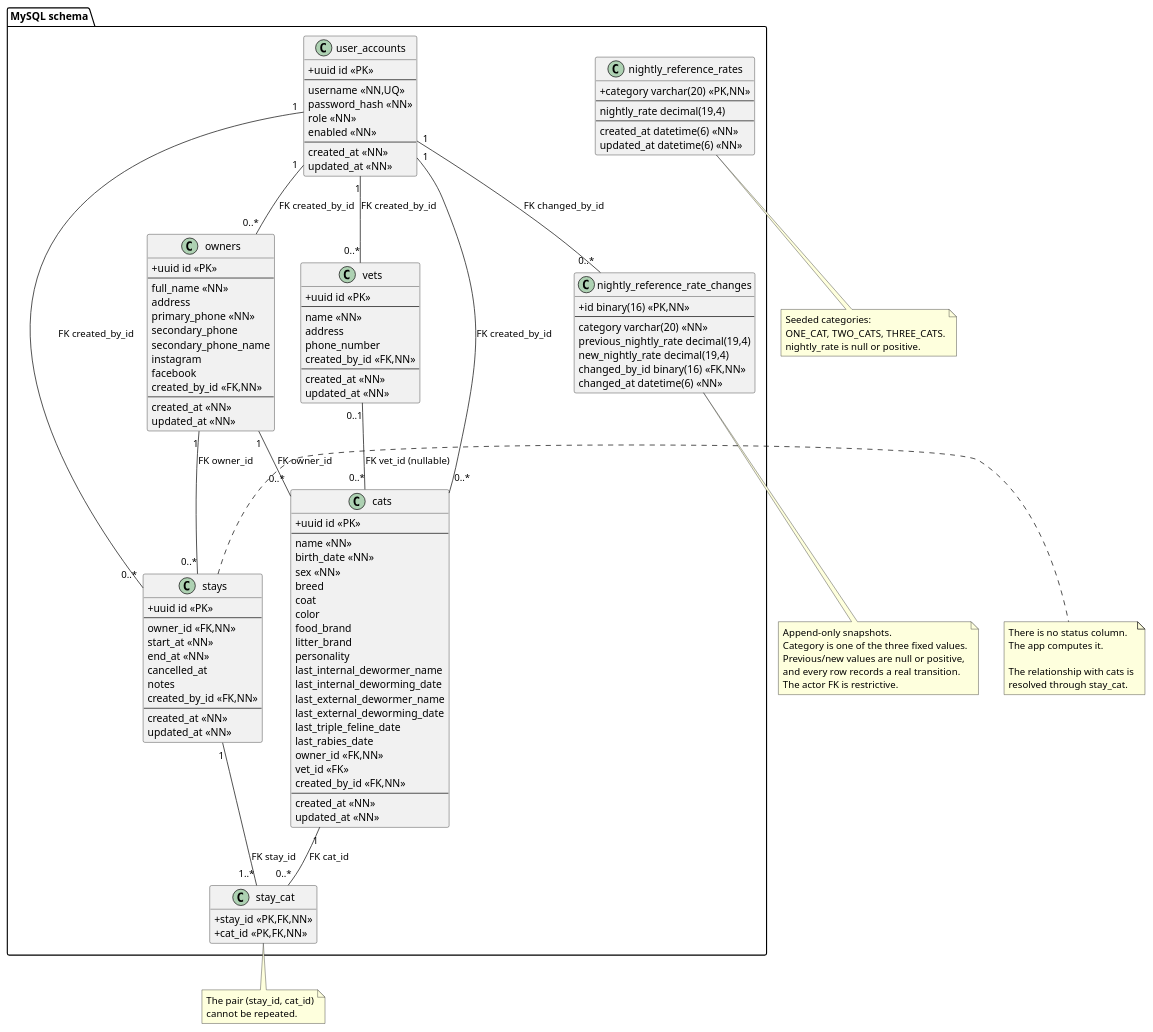
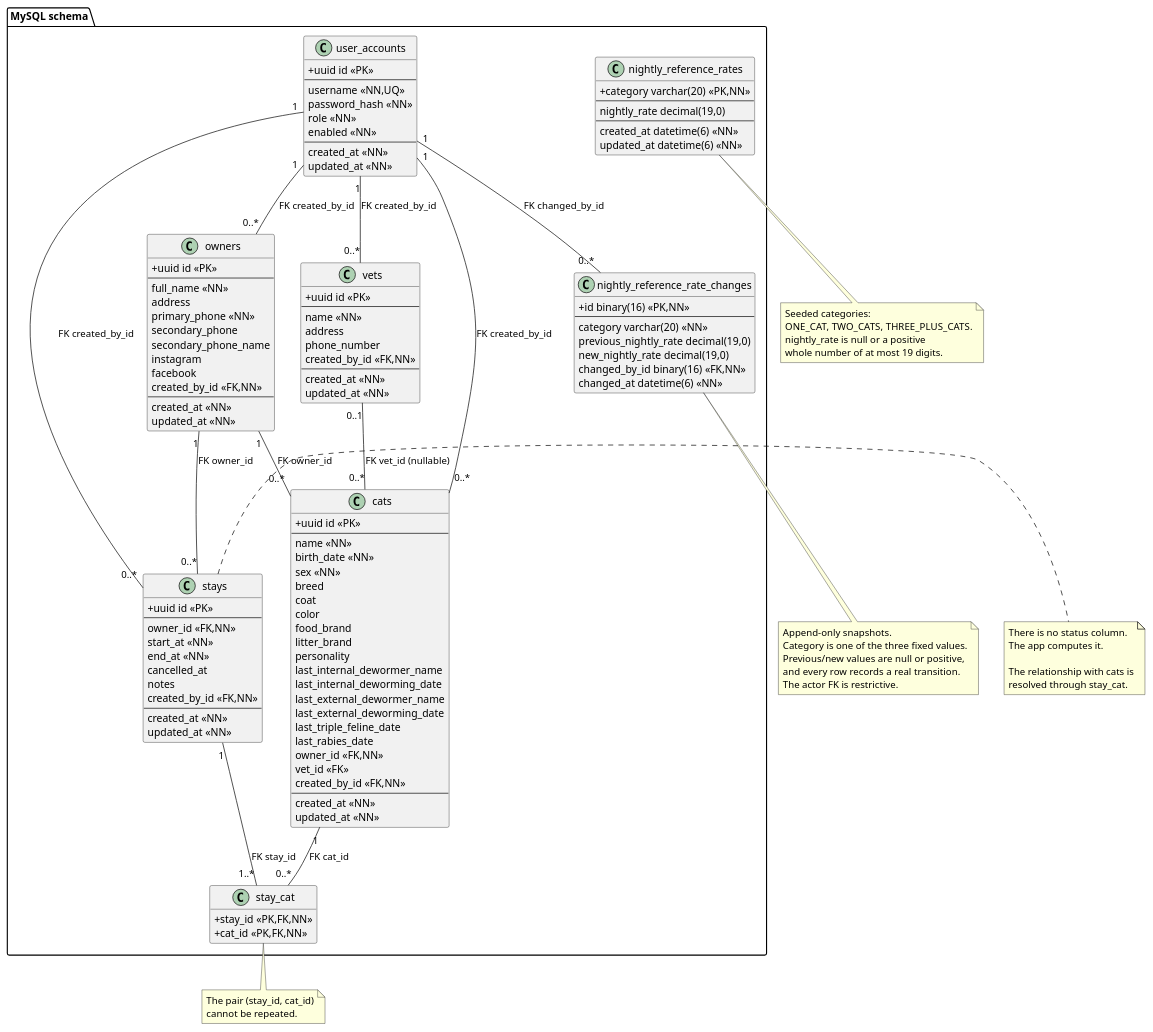
One commit to TheZenithPassage/catworld changed the diagram in docs/uml/02-db-schema.puml. Above: the diagram before and after it, drawn with PlantUML. The commit also changed 17 other files, not shown here.

Commit message:
fix(backend): correct nightly reference rate contract

```diff
--- a/docs/uml/02-db-schema.puml
+++ b/docs/uml/02-db-schema.puml
@@ -1,151 +1,152 @@
 @startuml
 hide methods
 hide stereotypes
 skinparam classAttributeIconSize 0
 
 package "MySQL schema" {
 
   class owners <<table>> {
     +uuid id <<PK>>
     --
     full_name <<NN>>
     address
     primary_phone <<NN>>
     secondary_phone
     secondary_phone_name
     instagram
     facebook
     created_by_id <<FK,NN>>
     --
     created_at <<NN>>
     updated_at <<NN>>
   }
 
   class vets <<table>> {
     +uuid id <<PK>>
     --
     name <<NN>>
     address
     phone_number
     created_by_id <<FK,NN>>
     --
     created_at <<NN>>
     updated_at <<NN>>
   }
 
   class cats <<table>> {
     +uuid id <<PK>>
     --
     name <<NN>>
     birth_date <<NN>>
     sex <<NN>>
     breed
     coat
     color
     food_brand
     litter_brand
     personality
     last_internal_dewormer_name
     last_internal_deworming_date
     last_external_dewormer_name
     last_external_deworming_date
     last_triple_feline_date
     last_rabies_date
     owner_id <<FK,NN>>
     vet_id <<FK>>
     created_by_id <<FK,NN>>
     --
     created_at <<NN>>
     updated_at <<NN>>
   }
 
   class stays <<table>> {
     +uuid id <<PK>>
     --
     owner_id <<FK,NN>>
     start_at <<NN>>
     end_at <<NN>>
     cancelled_at
     notes
     created_by_id <<FK,NN>>
     --
     created_at <<NN>>
     updated_at <<NN>>
   }
 
   class stay_cat <<table>> {
     +stay_id <<PK,FK,NN>>
     +cat_id <<PK,FK,NN>>
   }
 
   class user_accounts <<table>> {
     +uuid id <<PK>>
     --
     username <<NN,UQ>>
     password_hash <<NN>>
     role <<NN>>
     enabled <<NN>>
     --
     created_at <<NN>>
     updated_at <<NN>>
   }
 
   class nightly_reference_rates <<table>> {
     +category varchar(20) <<PK,NN>>
     --
-    nightly_rate decimal(19,4)
+    nightly_rate decimal(19,0)
     --
     created_at datetime(6) <<NN>>
     updated_at datetime(6) <<NN>>
   }
 
   class nightly_reference_rate_changes <<table>> {
     +id binary(16) <<PK,NN>>
     --
     category varchar(20) <<NN>>
-    previous_nightly_rate decimal(19,4)
-    new_nightly_rate decimal(19,4)
+    previous_nightly_rate decimal(19,0)
+    new_nightly_rate decimal(19,0)
     changed_by_id binary(16) <<FK,NN>>
     changed_at datetime(6) <<NN>>
   }
 
   owners "1" -- "0..*" cats : FK owner_id
   vets   "0..1" -- "0..*" cats : FK vet_id (nullable)
   owners "1" -- "0..*" stays : FK owner_id
   stays  "1" -- "1..*" stay_cat : FK stay_id
   cats   "1" -- "0..*" stay_cat : FK cat_id
   user_accounts "1" -- "0..*" owners : FK created_by_id
   user_accounts "1" -- "0..*" cats : FK created_by_id
   user_accounts "1" -- "0..*" vets : FK created_by_id
   user_accounts "1" -- "0..*" stays : FK created_by_id
   user_accounts "1" -- "0..*" nightly_reference_rate_changes : FK changed_by_id
 }
 
 note right of stays
 There is no status column.
 The app computes it.
 
 The relationship with cats is
 resolved through stay_cat.
 end note
 
 note bottom of stay_cat
 The pair (stay_id, cat_id)
 cannot be repeated.
 end note
 
 note bottom of nightly_reference_rates
 Seeded categories:
-ONE_CAT, TWO_CATS, THREE_CATS.
-nightly_rate is null or positive.
+ONE_CAT, TWO_CATS, THREE_PLUS_CATS.
+nightly_rate is null or a positive
+whole number of at most 19 digits.
 end note
 
 note bottom of nightly_reference_rate_changes
 Append-only snapshots.
 Category is one of the three fixed values.
 Previous/new values are null or positive,
 and every row records a real transition.
 The actor FK is restrictive.
 end note
 
 @enduml
```
